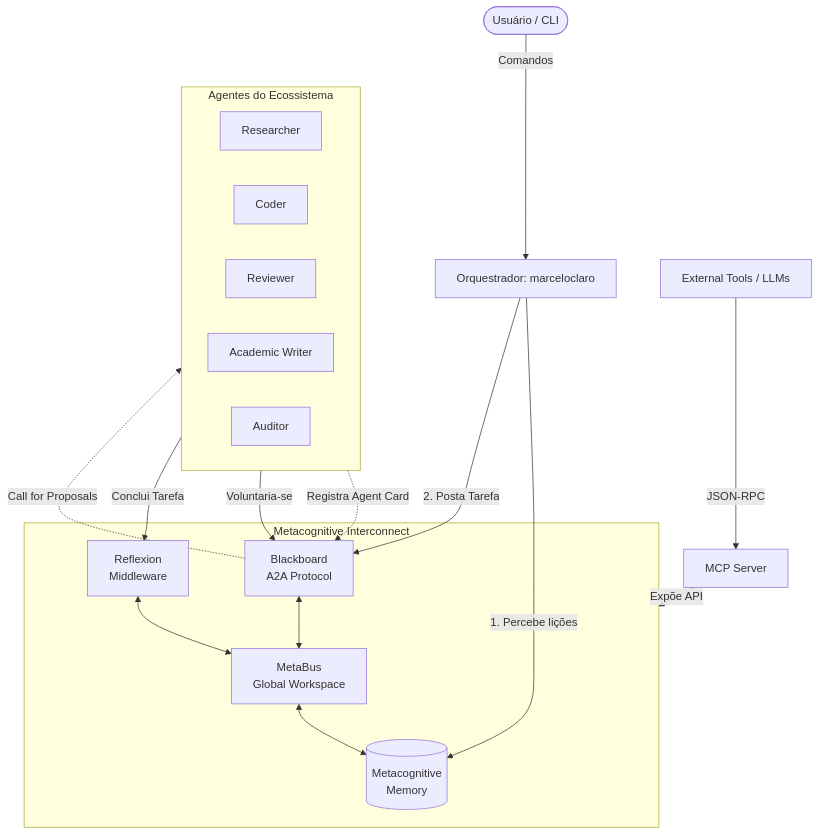
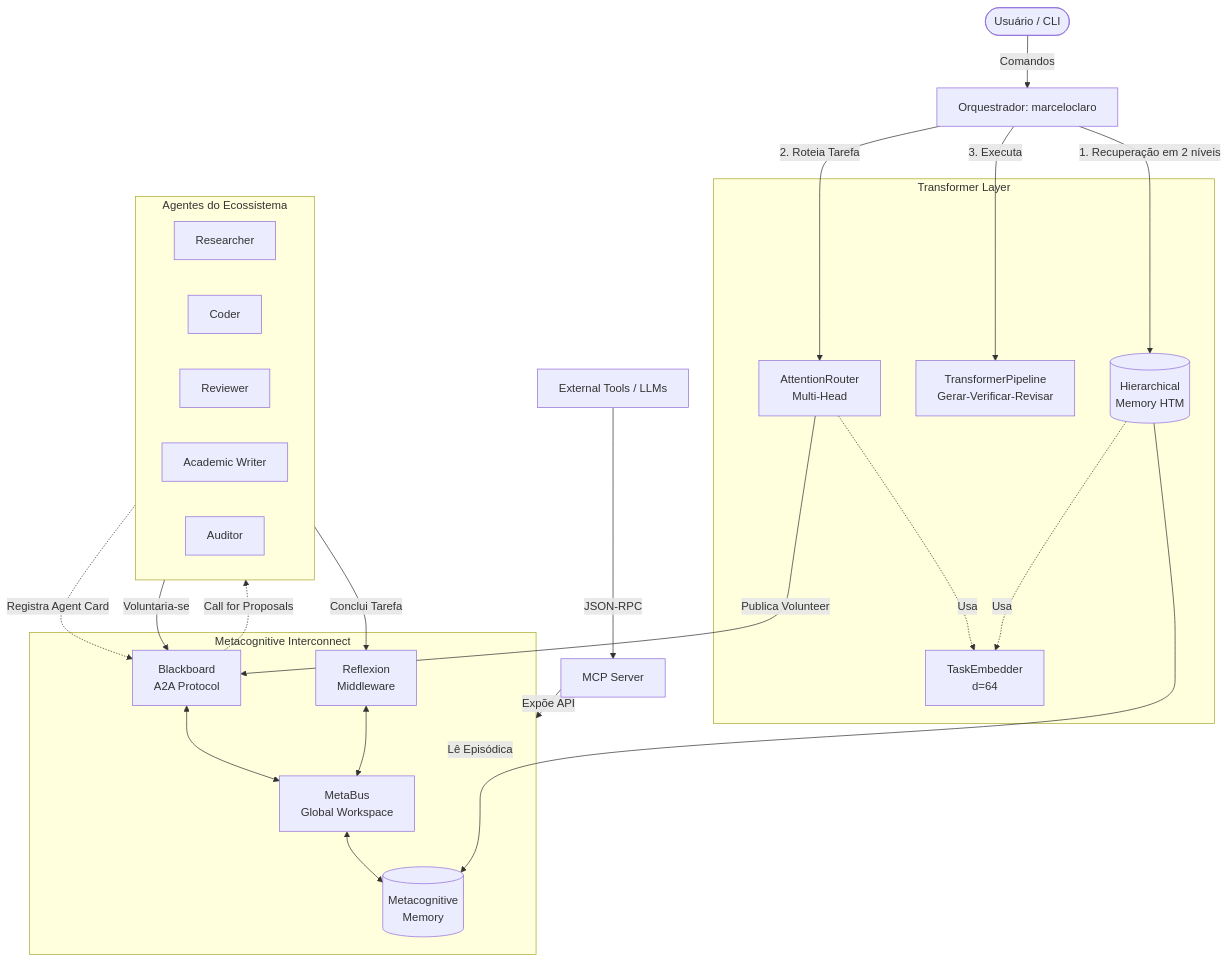
The diagram in ARCHITECTURE.md (MarceloClaro/opencode-ecosystem-core), drawn with Mermaid before and after one commit. The commit also changed other lines of this file and 9 other files, not shown here.

First line of the commit message:
feat: Upgrade Transformer Layer

````diff
--- a/ARCHITECTURE.md
+++ b/ARCHITECTURE.md
@@ -7,40 +7,54 @@
 ```mermaid
 graph TD
     %% Atores e Orquestrador
     User([Usuário / CLI]) -->|Comandos| Orchestrator[Orquestrador: marceloclaro]
+    
+    %% Camada Transformer
+    subgraph TF [Transformer Layer]
+        Attn[AttentionRouter<br>Multi-Head]
+        Pipe[TransformerPipeline<br>Gerar-Verificar-Revisar]
+        HTM[(Hierarchical<br>Memory HTM)]
+        Emb[TaskEmbedder<br>d=64]
+        
+        Attn -.->|Usa| Emb
+        HTM -.->|Usa| Emb
+    end
     
     %% Camada MCI
     subgraph MCI [Metacognitive Interconnect]
         MB[MetaBus<br>Global Workspace]
         BB[Blackboard<br>A2A Protocol]
         Mem[(Metacognitive<br>Memory)]
         Ref[Reflexion<br>Middleware]
         
         MB <--> Mem
         BB <--> MB
         Ref <--> MB
     end
     
-    %% Orquestrador interage com MCI
-    Orchestrator -->|1. Percebe lições| Mem
-    Orchestrator -->|2. Posta Tarefa| BB
+    %% Orquestrador integra as camadas
+    Orchestrator -->|1. Recuperação em 2 níveis| HTM
+    HTM -->|Lê Episódica| Mem
+    Orchestrator -->|2. Roteia Tarefa| Attn
+    Attn -->|Publica Volunteer| BB
+    Orchestrator -->|3. Executa| Pipe
     
     %% Agentes
     subgraph Agents [Agentes do Ecossistema]
         A1[Researcher]
         A2[Coder]
         A3[Reviewer]
         A4[Academic Writer]
         A5[Auditor]
     end
     
     %% Fluxo de Agentes
     Agents -.->|Registra Agent Card| BB
     BB -.->|Call for Proposals| Agents
     Agents -->|Voluntaria-se| BB
     Agents -->|Conclui Tarefa| Ref
     
     %% MCP
     MCP[MCP Server] -->|Expõe API| MCI
     External[External Tools / LLMs] -->|JSON-RPC| MCP
 ```
````
